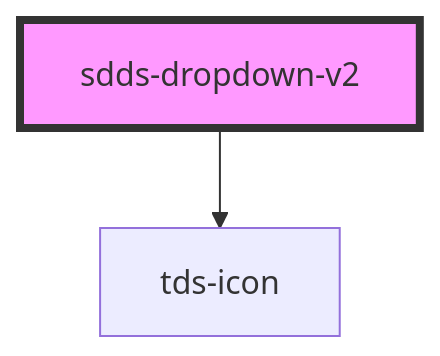
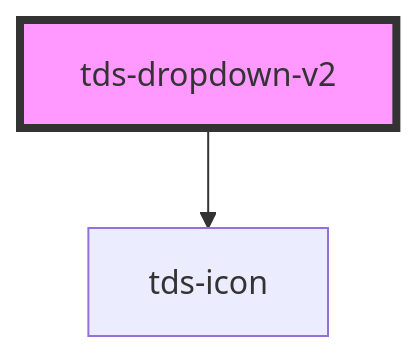
Before and after one commit to scania-digital-design-system/tegel: the diagram in core/src/components/dropdown-v2/readme.md, drawn with Mermaid. The commit also changed other lines of this file and 11 other files, not shown here.

````diff
--- a/core/src/components/dropdown-v2/readme.md
+++ b/core/src/components/dropdown-v2/readme.md
@@ -99,5 +99,5 @@
 ```mermaid
 graph TD;
-  sdds-dropdown-v2 --> tds-icon
-  style sdds-dropdown-v2 fill:#f9f,stroke:#333,stroke-width:4px
+  tds-dropdown-v2 --> tds-icon
+  style tds-dropdown-v2 fill:#f9f,stroke:#333,stroke-width:4px
 ```
````
